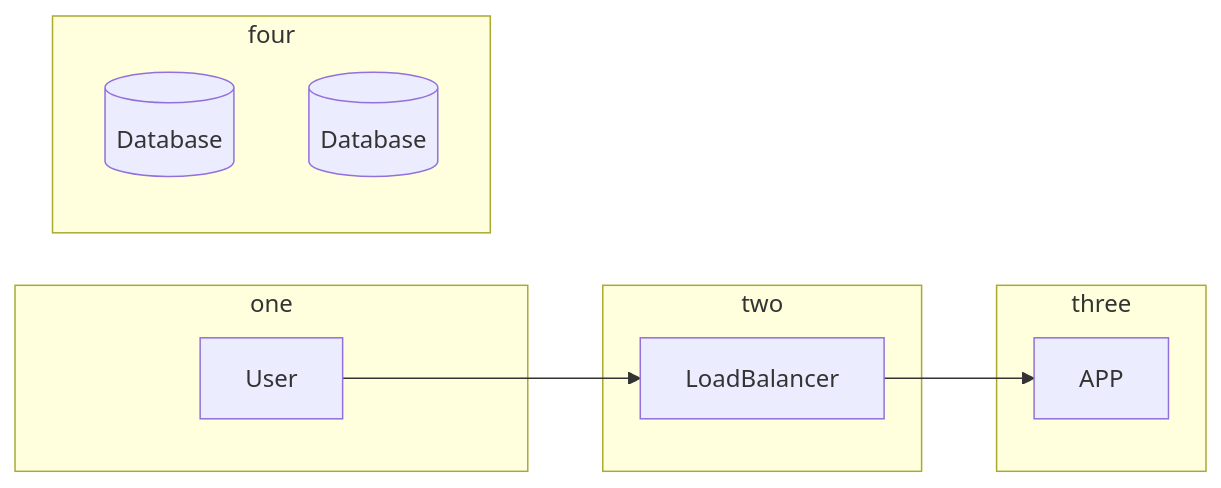
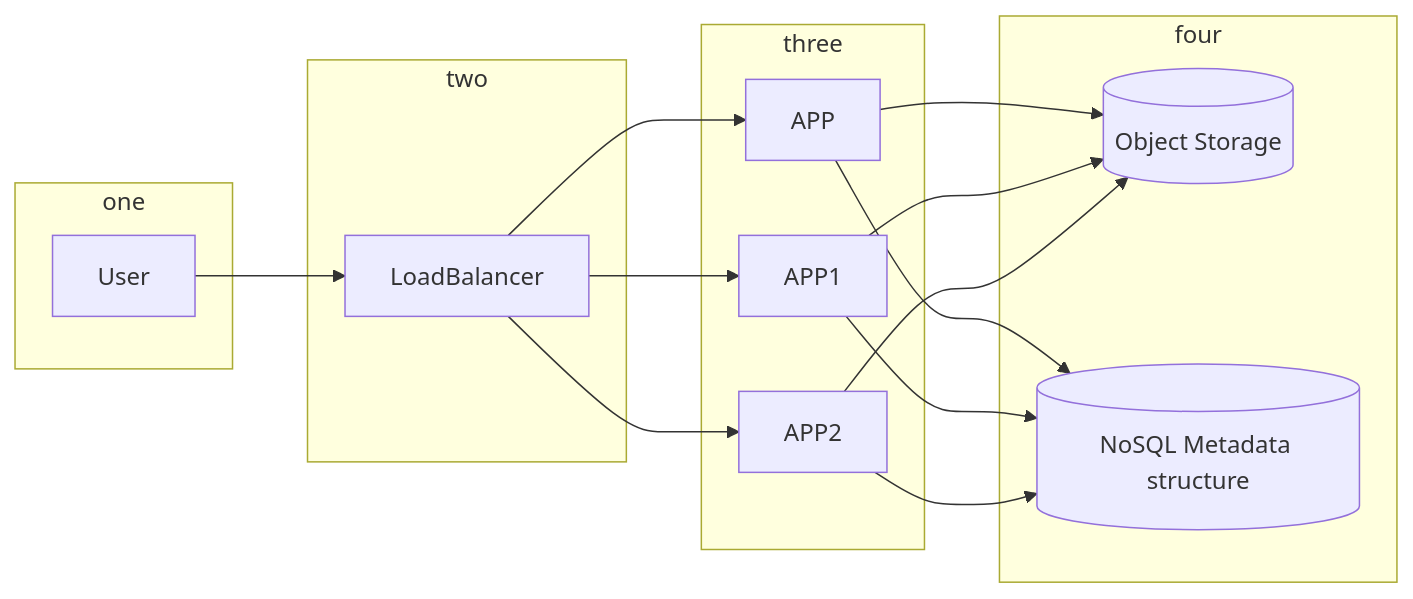
Before and after one commit to workrahul22/learning: the diagram in 3. High Level Design/Youtube Design.md, drawn with Mermaid.

````diff
--- a/3. High Level Design/Youtube Design.md
+++ b/3. High Level Design/Youtube Design.md
@@ -13,19 +13,29 @@
 ```mermaid
     flowchart LR
         subgraph one
             User
         end
         subgraph two
             LoadBalancer
         end
         subgraph three
             APP
+            APP1
+            APP2
         end
         subgraph four
-            ObjectStorage[(Database)]
-            NoSql[(Database)]
+            ObjectStorage[(Object Storage)]
+            NoSql[(NoSQL Metadata structure)]
         end
 
         User --> LoadBalancer
         LoadBalancer --> APP
+        LoadBalancer --> APP1
+        LoadBalancer --> APP2
+        APP --> ObjectStorage
+        APP1 --> ObjectStorage
+        APP2 --> ObjectStorage
+        APP --> NoSql
+        APP1 --> NoSql
+        APP2 --> NoSql
 ```
````
